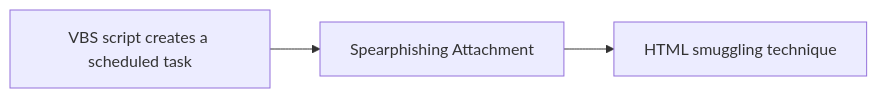
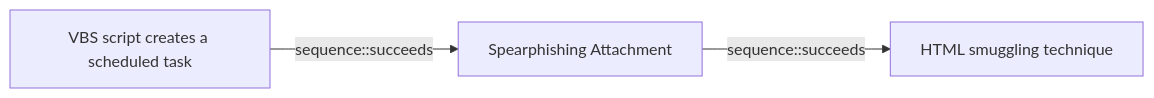
One commit to opentidehq/library changed the diagram in docs/threats/vbs-script-creates-a-scheduled-task.md. Above: the diagram before and after it, drawn with Mermaid. The commit also changed other lines of this file and 277 other files, not shown here.

````diff
--- a/docs/threats/vbs-script-creates-a-scheduled-task.md
+++ b/docs/threats/vbs-script-creates-a-scheduled-task.md
@@ -108,8 +156,8 @@
 ```mermaid
 flowchart LR
 53ca52ed_a7e7_4094_95ec_b4ef522dc689["VBS script creates a scheduled task"]
 dd5d942c_bac4_4000_b9a6_ca4fef6cfb84["Spearphishing Attachment"]
 c7ed4fad_a58f_47da_9938_4a673526b3f4["HTML smuggling technique"]
-53ca52ed_a7e7_4094_95ec_b4ef522dc689 --> dd5d942c_bac4_4000_b9a6_ca4fef6cfb84
-dd5d942c_bac4_4000_b9a6_ca4fef6cfb84 --> c7ed4fad_a58f_47da_9938_4a673526b3f4
+53ca52ed_a7e7_4094_95ec_b4ef522dc689 -->|sequence::succeeds| dd5d942c_bac4_4000_b9a6_ca4fef6cfb84
+dd5d942c_bac4_4000_b9a6_ca4fef6cfb84 -->|sequence::succeeds| c7ed4fad_a58f_47da_9938_4a673526b3f4
 ```
````
